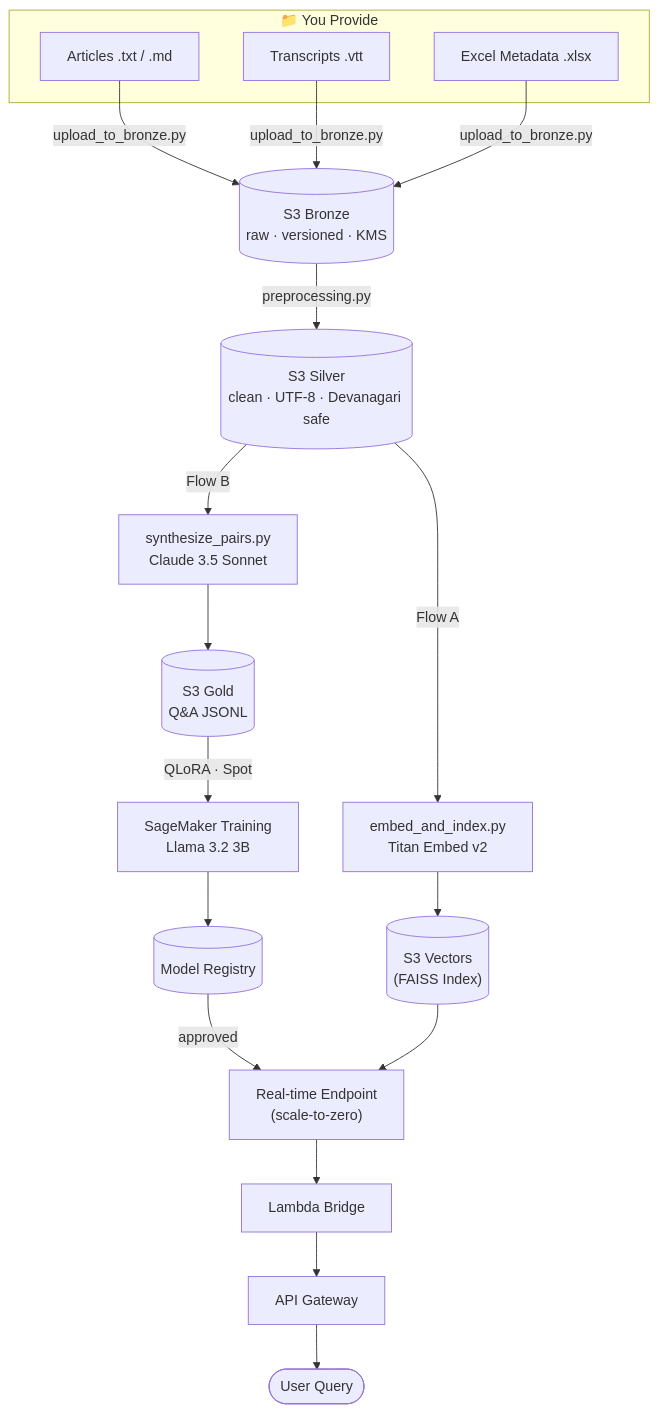
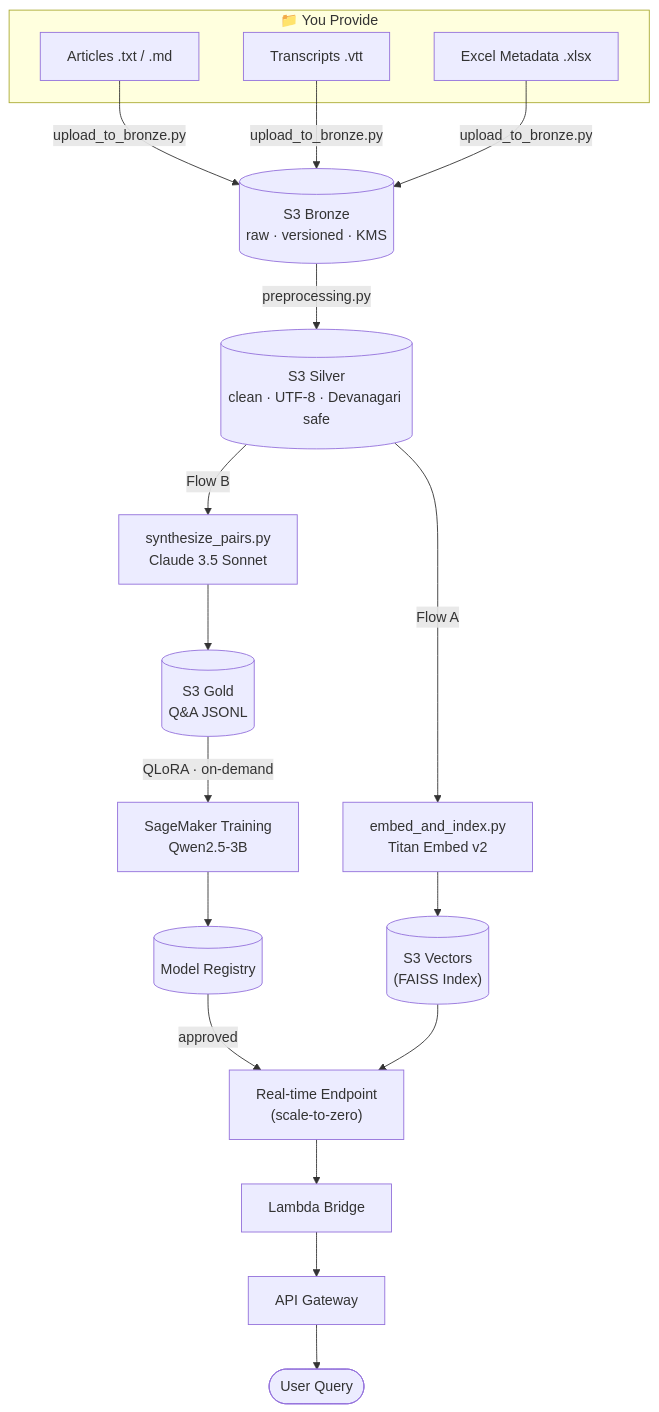
The first of 2 diagrams in README.md (ashishv-82/sagemaker-project-chitrakatha), drawn with Mermaid before and after one commit. The commit also changed other lines of this file, not shown here.

Commit message:
docs: update README models table and diagram — Llama/JumpStart → Qwen2.5/HuggingFace, Spot → on-demand

````diff
--- a/README.md
+++ b/README.md
@@ -27,26 +27,26 @@
 ```mermaid
 flowchart TD
     subgraph YOU[" 📁 You Provide"]
         A1[Articles .txt / .md]
         A2[Transcripts .vtt]
         A3[Excel Metadata .xlsx]
     end
 
     A1 & A2 & A3 -->|upload_to_bronze.py| B[("S3 Bronze<br/>raw · versioned · KMS")]
     B -->|preprocessing.py| C[("S3 Silver<br/>clean · UTF-8 · Devanagari safe")]
 
     C -->|Flow A| D["embed_and_index.py<br/>Titan Embed v2"]
     C -->|Flow B| E["synthesize_pairs.py<br/>Claude 3.5 Sonnet"]
 
     D --> F[("S3 Vectors<br/>(FAISS Index)")]
     E --> G[("S3 Gold<br/>Q&A JSONL")]
 
-    G -->|"QLoRA · Spot"| H["SageMaker Training<br/>Llama 3.2 3B"]
+    G -->|"QLoRA · on-demand"| H["SageMaker Training<br/>Qwen2.5-3B"]
     H --> I[(Model Registry)]
     I -->|approved| J["Real-time Endpoint<br/>(scale-to-zero)"]
 
     F --> J
     J --> K[Lambda Bridge]
     K --> L[API Gateway]
     L --> M([User Query])
 ```
````
